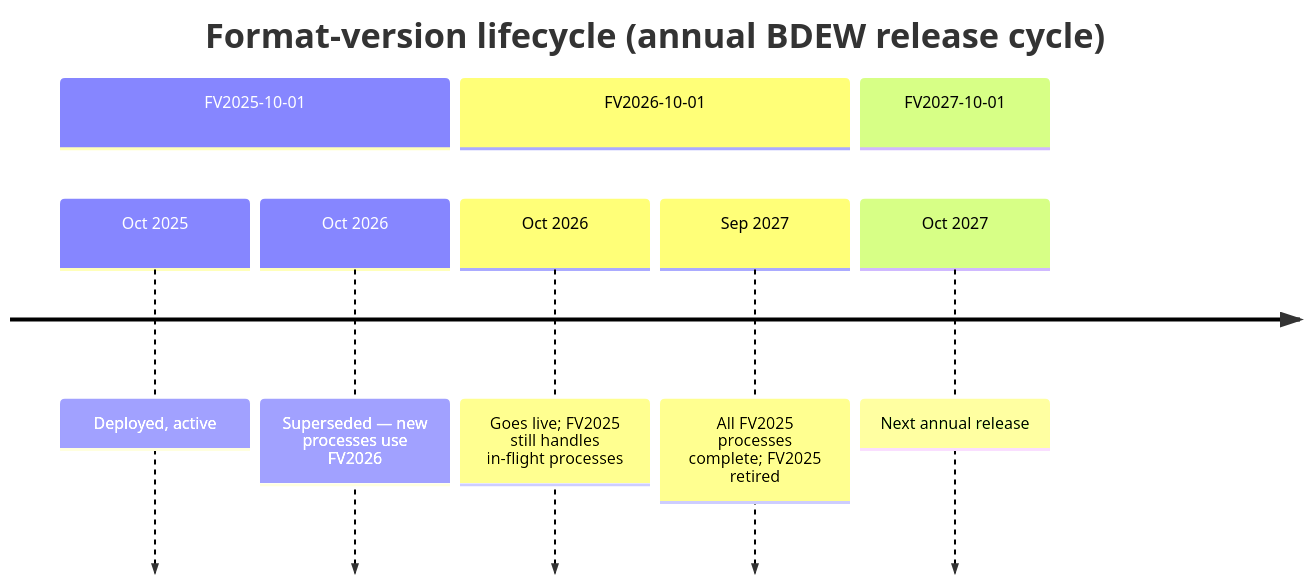
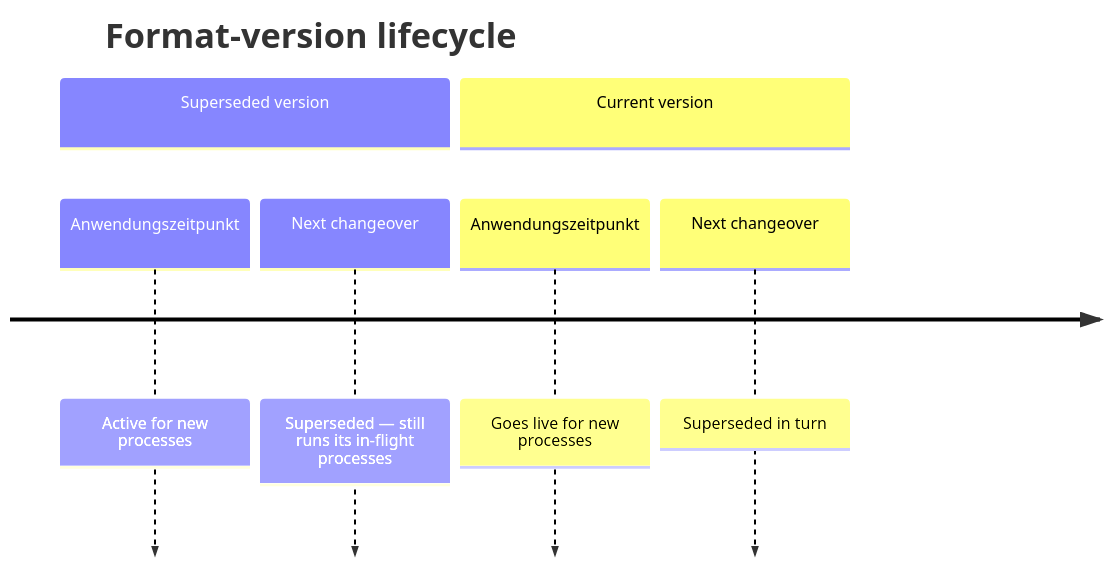
Before and after one commit to hupe1980/mako: the third of 4 diagrams in site/content/docs/architecture/engine.md, drawn with Mermaid. The commit also changed other lines of this file and 306 other files, not shown here.

````diff
--- a/site/content/docs/architecture/engine.md
+++ b/site/content/docs/architecture/engine.md
@@ -454,12 +330,10 @@
 ```mermaid
 timeline
-    title Format-version lifecycle (annual BDEW release cycle)
-    section FV2025-10-01
-        Oct 2025 : Deployed, active
-        Oct 2026 : Superseded — new processes use FV2026
-    section FV2026-10-01
-        Oct 2026 : Goes live; FV2025 still handles in-flight processes
-        Sep 2027 : All FV2025 processes complete; FV2025 retired
-    section FV2027-10-01
-        Oct 2027 : Next annual release
+    title Format-version lifecycle
+    section Superseded version
+        Anwendungszeitpunkt : Active for new processes
+        Next changeover : Superseded — still runs its in-flight processes
+    section Current version
+        Anwendungszeitpunkt : Goes live for new processes
+        Next changeover : Superseded in turn
 ```
````
